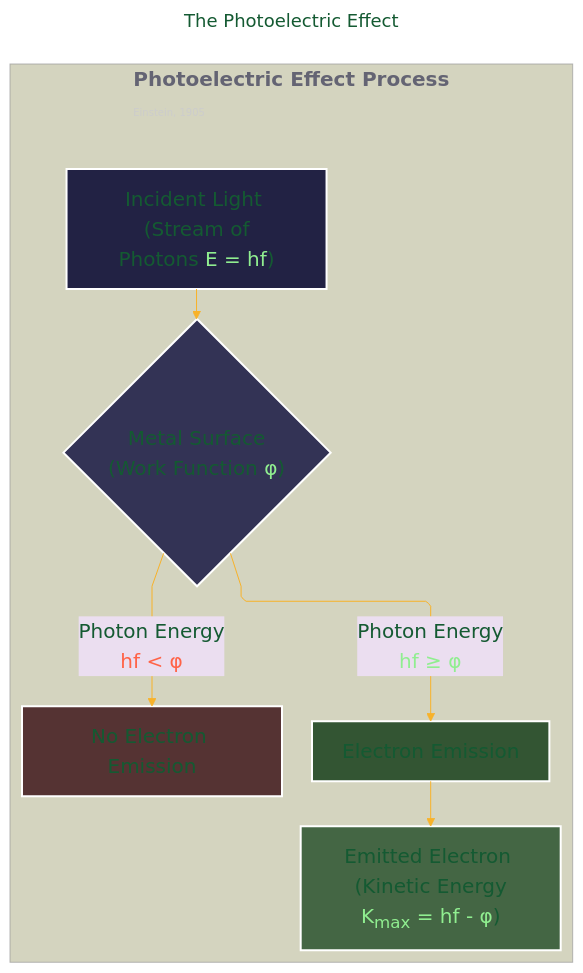
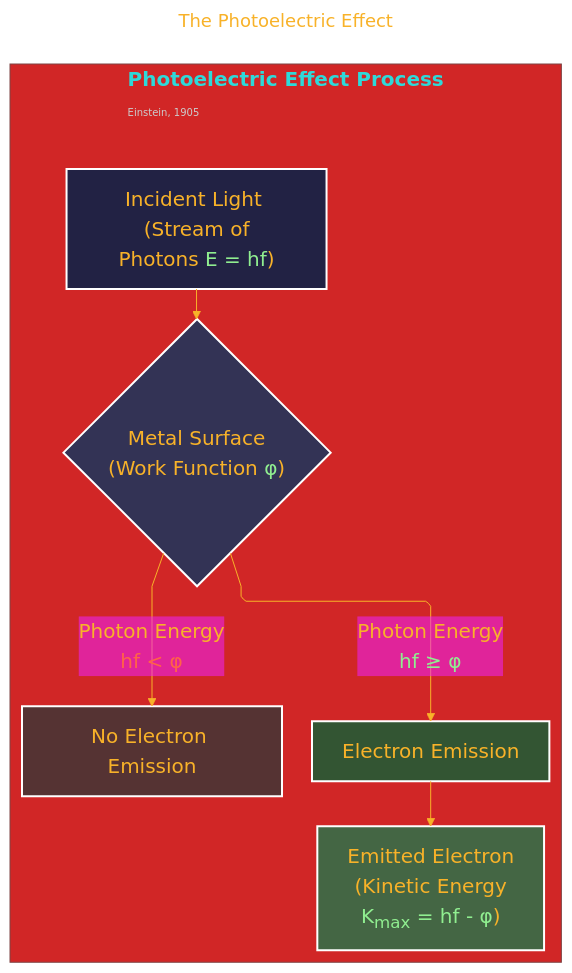
The fourth of 10 diagrams in Albert_Einstein/Albert_Einstein_A_Revolution_in_Physics.md (CongLeSolutionX/The-Formula-Founders), drawn with Mermaid before and after one commit. The commit also changed other lines of this file, not shown here.

Commit message:
update notes

````diff
--- a/Albert_Einstein/Albert_Einstein_A_Revolution_in_Physics.md
+++ b/Albert_Einstein/Albert_Einstein_A_Revolution_in_Physics.md
@@ -240,43 +240,43 @@
 ```mermaid
 ---
 title: "The Photoelectric Effect"
 author: "Cong Le"
 version: "1.0"
 license(s): "MIT, CC BY-SA 4.0"
 copyright: "Copyright (c) 2025 Cong Le. All Rights Reserved."
 config:
   layout: elk
   theme: base
 ---
 %%%%%%%% Mermaid version v11.4.1-b.14
 %%%%%%%% Available curve styles include the following keywords:
 %% basis, bumpX, bumpY, cardinal, catmullRom, linear, monotoneX, monotoneY, natural, step, stepAfter, stepBefore.
 %%{
   init: {
     'flowchart': { 'htmlLabels': true, 'curve': 'linear' },
     'fontFamily': 'Andale Mono, monospace',
     'themeVariables': {
-      'primaryColor': '#99BB',
-      'primaryTextColor': '#145A32',
+      'primaryColor': '#2BB',
+      'primaryTextColor': '#F8B229',
       'lineColor': '#F8B229',
       'primaryBorderColor': '#27AE60',
-      'secondaryColor': '#EBDEF0',
+      'secondaryColor': '#E2F1',
       'secondaryTextColor': '#6C3483',
       'secondaryBorderColor': '#A569BD',
       'fontSize': '20px'
     }
   }
 }%%
 flowchart TD
     subgraph Photoelectric_Effect_Process["<b>Photoelectric Effect Process</b> <br/> <font color='#cccccc' size='1'>Einstein, 1905</font>"]
         A["Incident Light <br/> (Stream of Photons <font color='#90ee90'>E = hf</font>)"] --> B{"Metal Surface <br/> (Work Function <font color='#90ee90'>&phi;</font>)"}
         B -- "Photon Energy <br/> <font color='#ff6347'>hf < &phi;</font>" --> C["No Electron Emission"]
         B -- "Photon Energy <br/> <font color='#90ee90'>hf &ge; &phi;</font>" --> D["Electron Emission"]
-        D --> E["Emitted Electron <br/> (Kinetic Energy <font color='#90ee90'>K<sub>max</sub> = hf - &phi;</font>)"]
+        D --> E["Emitted Electron <br/> (Kinetic Energy <br/> <font color='#90ee90'>K<sub>max</sub> = hf - &phi;</font>)"]
     end
     style A fill:#224,stroke:#fff,stroke-width:2px
     style B fill:#335,stroke:#fff,stroke-width:2px
     style C fill:#533,stroke:#fff,stroke-width:2px
     style D fill:#353,stroke:#fff,stroke-width:2px
     style E fill:#464,stroke:#fff,stroke-width:2px
 ```
````
